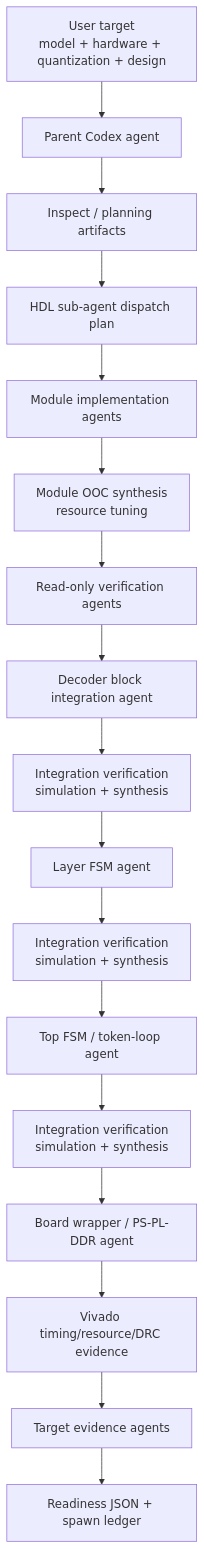
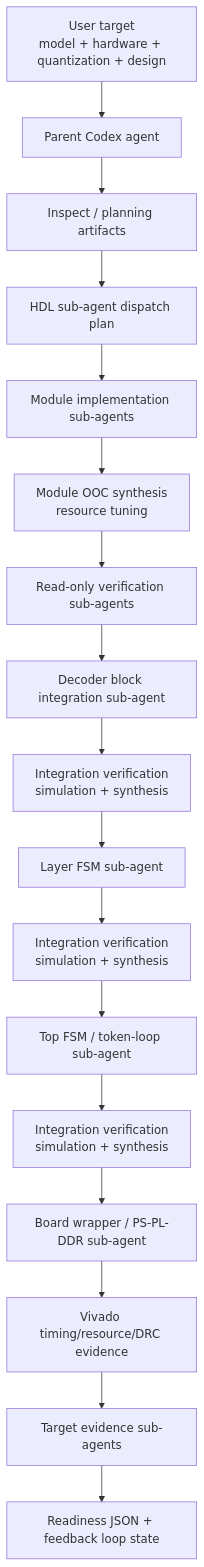
One commit to hathaw9y/nl2hdl changed the diagram in docs/framework_overview.md. Above: the diagram before and after it, drawn with Mermaid. The commit also changed other lines of this file and 14 other files, not shown here.

````diff
--- a/docs/framework_overview.md
+++ b/docs/framework_overview.md
@@ -193,19 +193,19 @@
 ```mermaid
 flowchart TD
     A["User target<br/>model + hardware + quantization + design"] --> B["Parent Codex agent"]
     B --> C["Inspect / planning artifacts"]
     C --> D["HDL sub-agent dispatch plan"]
-    D --> E["Module implementation agents"]
+    D --> E["Module implementation sub-agents"]
     E --> F["Module OOC synthesis<br/>resource tuning"]
-    F --> G["Read-only verification agents"]
-    G --> H["Decoder block integration agent"]
+    F --> G["Read-only verification sub-agents"]
+    G --> H["Decoder block integration sub-agent"]
     H --> I["Integration verification<br/>simulation + synthesis"]
-    I --> J["Layer FSM agent"]
+    I --> J["Layer FSM sub-agent"]
     J --> K["Integration verification<br/>simulation + synthesis"]
-    K --> L["Top FSM / token-loop agent"]
+    K --> L["Top FSM / token-loop sub-agent"]
     L --> M["Integration verification<br/>simulation + synthesis"]
-    M --> N["Board wrapper / PS-PL-DDR agent"]
+    M --> N["Board wrapper / PS-PL-DDR sub-agent"]
     N --> O["Vivado timing/resource/DRC evidence"]
-    O --> P["Target evidence agents"]
-    P --> Q["Readiness JSON + spawn ledger"]
+    O --> P["Target evidence sub-agents"]
+    P --> Q["Readiness JSON + feedback loop state"]
 ```
````
